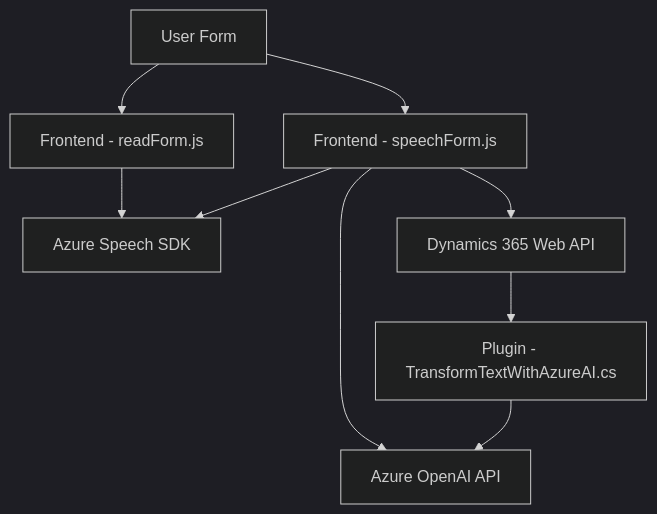
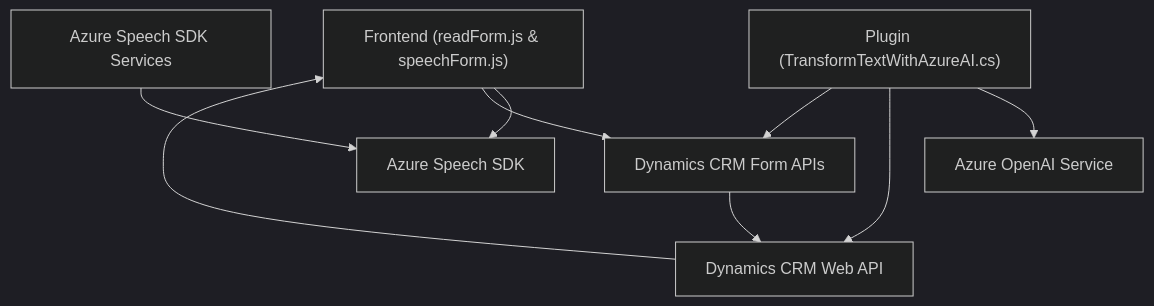
Before and after one commit to blopezdm/NETCORE_BILBAO2025: the diagram in README.md, drawn with Mermaid (dark theme). The commit also changed other lines of this file, not shown here.

````diff
--- a/README.md
+++ b/README.md
@@ -51,19 +47,11 @@
 ```mermaid
 graph TD
-    A["Frontend - readForm.js"]
-    B["Frontend - speechForm.js"]
-    C["Plugin - TransformTextWithAzureAI.cs"]
-    D["Azure Speech SDK"]
-    E["Azure OpenAI API"]
-    F["Dynamics 365 Web API"]
-    G["User Form"]
-
-    G --> A
-    G --> B
-    A --> D
-    B --> D
-    B --> F
-    B --> E
+    A["Frontend (readForm.js & speechForm.js)"] --> B["Azure Speech SDK"]
+    A --> C["Dynamics CRM Form APIs"]
+    D["Azure Speech SDK Services"] --> B
+    C --> E["Dynamics CRM Web API"]
+    F["Plugin (TransformTextWithAzureAI.cs)"] --> G["Azure OpenAI Service"]
+    F --> E
+    E --> A
     F --> C
-    C --> E
 ```
````
